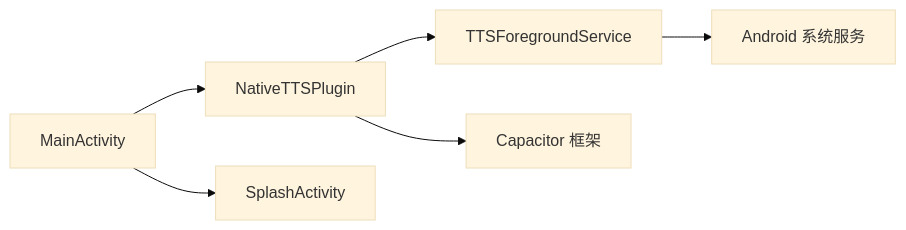
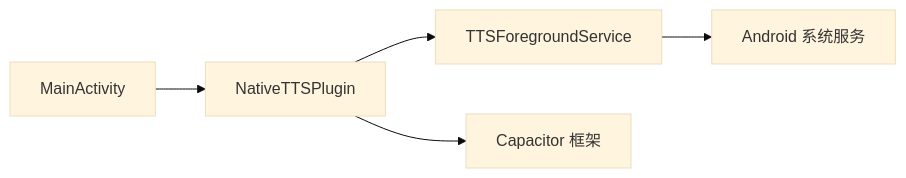
One commit to zhao-zg/cx changed the fifth of 5 diagrams in .qoder/repowiki/zh/content/移动应用开发/服务管理.md. Above: the diagram before and after it, drawn with Mermaid (base theme). The commit also changed other lines of this file and 44 other files, not shown here.

````diff
--- a/.qoder/repowiki/zh/content/移动应用开发/服务管理.md
+++ b/.qoder/repowiki/zh/content/移动应用开发/服务管理.md
@@ -311,8 +320,7 @@
 ```mermaid
 graph LR
 NTTS["NativeTTSPlugin"] --> SVC["TTSForegroundService"]
 MA["MainActivity"] --> NTTS
-MA --> SA["SplashActivity"]
 SVC --> AND["Android 系统服务"]
 NTTS --> BR["Capacitor 框架"]
 ```
````
